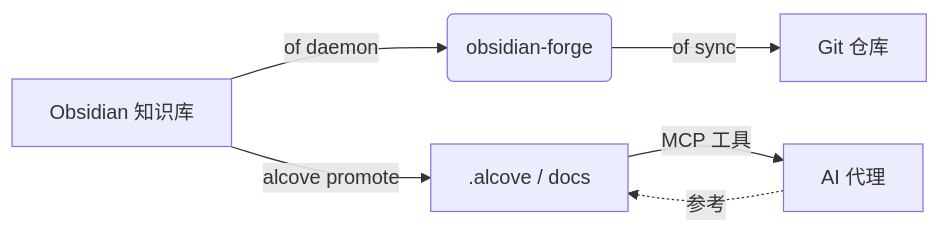
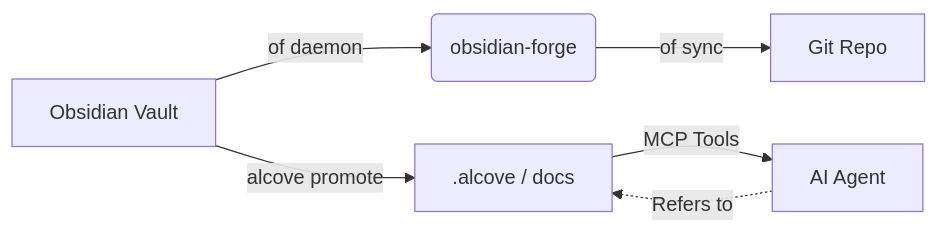
One commit to epicsagas/obsidian-forge changed the diagram in docs/README_zh-CN.md. Above: the diagram before and after it, drawn with Mermaid. The commit also changed other lines of this file and 8 other files, not shown here.

````diff
--- a/docs/README_zh-CN.md
+++ b/docs/README_zh-CN.md
@@ -319,8 +326,8 @@
 ```mermaid
 graph LR
-    A[Obsidian 知识库] -->|of daemon| B(obsidian-forge)
-    B -->|of sync| C[Git 仓库]
+    A[Obsidian Vault] -->|of daemon| B(obsidian-forge)
+    B -->|of sync| C[Git Repo]
     A -->|alcove promote| D[.alcove / docs]
-    D -->|MCP 工具| E[AI 代理]
-    E -.->|参考| D
+    D -->|MCP Tools| E[AI Agent]
+    E -.->|Refers to| D
 ```
````
